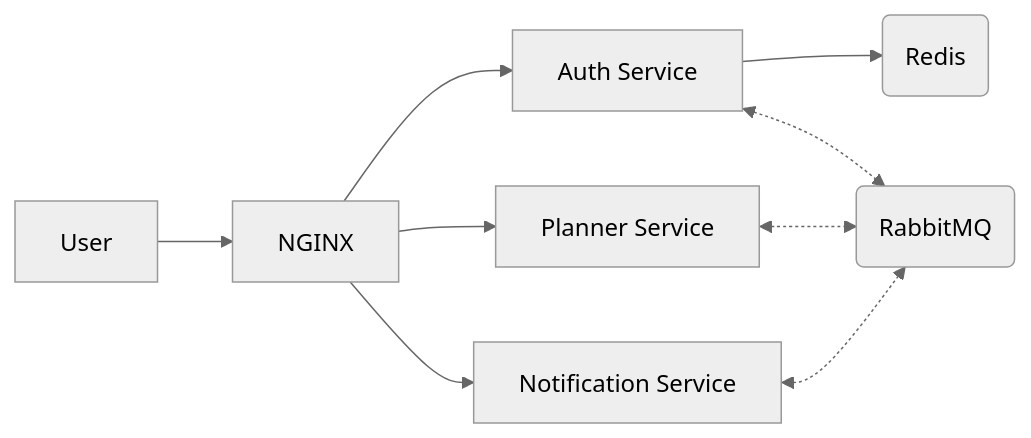
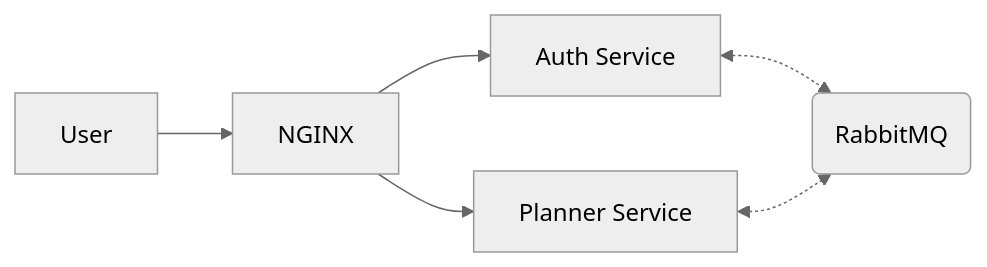
The first of 3 diagrams in README.md (dsbasko/yandex-go-diploma-1), drawn with Mermaid (neutral theme) before and after one commit. The commit also changed other lines of this file and 43 other files, not shown here.

````diff
--- a/README.md
+++ b/README.md
@@ -58,18 +52,13 @@
 ```mermaid
 flowchart LR
     user[User]
     nginx[NGINX]
     authService[Auth Service]
-    notificationService[Notification Service]
     plannerService[Planner Service]
     rmq(RabbitMQ)
-    redis(Redis)
     user --> nginx
     nginx --> authService
-    nginx --> notificationService
     nginx --> plannerService
-    authService --> redis
     authService <-.-> rmq
     plannerService <-.-> rmq
-    notificationService <-.-> rmq
 ```
````
